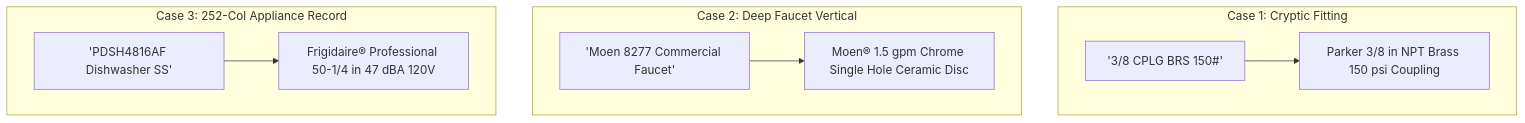
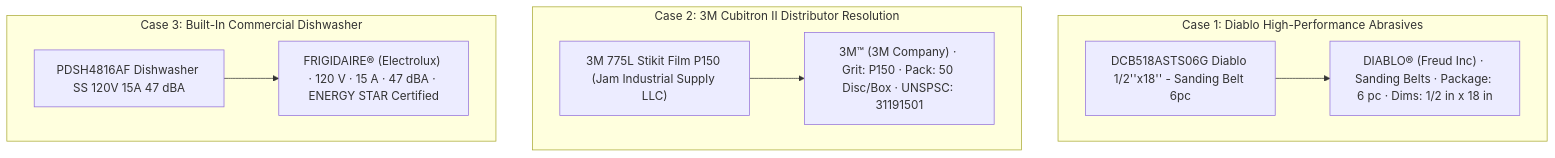
Before and after one commit to Adityaraj1969/AI-Powered-Product-Intelligence-for-Industrial-Commerce: the second of 2 diagrams in docs/Demo.md, drawn with Mermaid. The commit also changed other lines of this file and 7 other files, not shown here.

Commit message:
fix(pipeline): Resolve distributor pollution, enforce 100% mobile length compliance, expand taxonomy, and update real dataset case studies

````diff
--- a/docs/Demo.md
+++ b/docs/Demo.md
@@ -50,14 +50,14 @@
 ```mermaid
 graph TD
-    subgraph Case_1 [Case 1: Cryptic Fitting]
-        C1_IN["'3/8 CPLG BRS 150#'"] --> C1_OUT["Parker 3/8 in NPT Brass 150 psi Coupling"]
+    subgraph Case_1 [Case 1: Diablo High-Performance Abrasives]
+        C1_IN["DCB518ASTS06G Diablo 1/2''x18'' - Sanding Belt 6pc"] --> C1_OUT["DIABLO® (Freud Inc) · Sanding Belts · Package: 6 pc · Dims: 1/2 in x 18 in"]
     end
 
-    subgraph Case_2 [Case 2: Deep Faucet Vertical]
-        C2_IN["'Moen 8277 Commercial Faucet'"] --> C2_OUT["Moen® 1.5 gpm Chrome Single Hole Ceramic Disc"]
+    subgraph Case_2 [Case 2: 3M Cubitron II Distributor Resolution]
+        C2_IN["3M 775L Stikit Film P150 (Jam Industrial Supply LLC)"] --> C2_OUT["3M™ (3M Company) · Grit: P150 · Pack: 50 Disc/Box · UNSPSC: 31191501"]
     end
 
-    subgraph Case_3 [Case 3: 252-Col Appliance Record]
-        C3_IN["'PDSH4816AF Dishwasher SS'"] --> C3_OUT["Frigidaire® Professional 50-1/4 in 47 dBA 120V"]
+    subgraph Case_3 [Case 3: Built-In Commercial Dishwasher]
+        C3_IN["PDSH4816AF Dishwasher SS 120V 15A 47 dBA"] --> C3_OUT["FRIGIDAIRE® (Electrolux) · 120 V · 15 A · 47 dBA · ENERGY STAR Certified"]
     end
 ```
````
